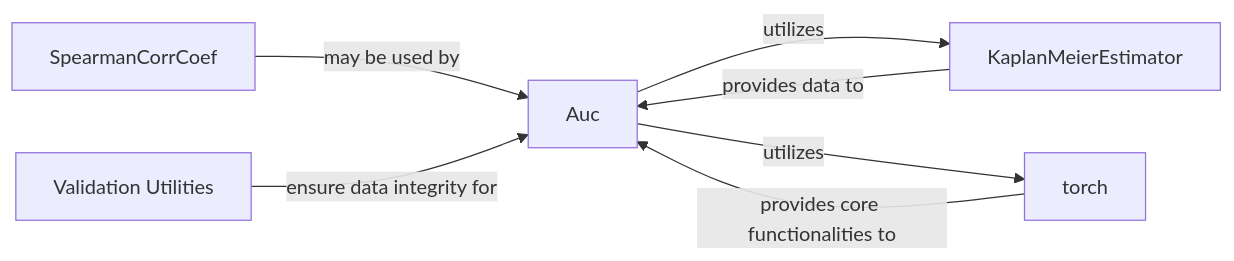
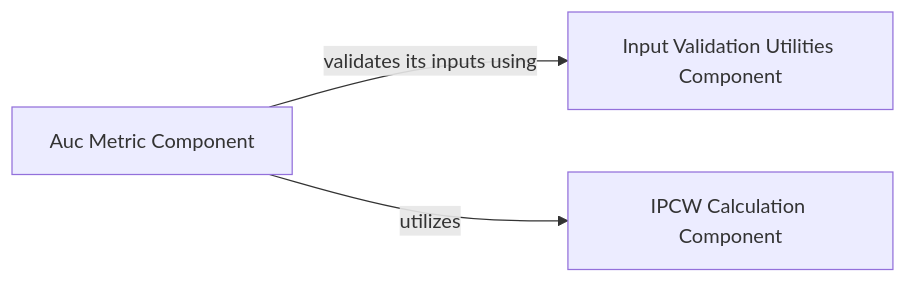
One commit to CodeBoarding/GeneratedOnBoardings changed the diagram in torchsurv/Auc.md. Above: the diagram before and after it, drawn with Mermaid. The commit also changed other lines of this file and 39 other files, not shown here.

````diff
--- a/torchsurv/Auc.md
+++ b/torchsurv/Auc.md
@@ -1,16 +1,10 @@
 ```mermaid
 graph LR
-    Auc["Auc"]
-    KaplanMeierEstimator["KaplanMeierEstimator"]
-    torch["torch"]
-    SpearmanCorrCoef["SpearmanCorrCoef"]
-    Validation_Utilities["Validation Utilities"]
-    Auc -- "utilizes" --> KaplanMeierEstimator
-    Auc -- "utilizes" --> torch
-    KaplanMeierEstimator -- "provides data to" --> Auc
-    torch -- "provides core functionalities to" --> Auc
-    SpearmanCorrCoef -- "may be used by" --> Auc
-    Validation_Utilities -- "ensure data integrity for" --> Auc
-    click Auc href "https://github.com/CodeBoarding/GeneratedOnBoardings/blob/main/torchsurv/Auc.md" "Details"
-    click KaplanMeierEstimator href "https://github.com/CodeBoarding/GeneratedOnBoardings/blob/main/torchsurv/KaplanMeierEstimator.md" "Details"
+    Auc_Metric_Component["Auc Metric Component"]
+    Input_Validation_Utilities_Component["Input Validation Utilities Component"]
+    IPCW_Calculation_Component["IPCW Calculation Component"]
+    Auc_Metric_Component -- "validates its inputs using" --> Input_Validation_Utilities_Component
+    Auc_Metric_Component -- "utilizes" --> IPCW_Calculation_Component
+    click Auc_Metric_Component href "https://github.com/CodeBoarding/GeneratedOnBoardings/blob/main/torchsurv/Auc_Metric_Component.md" "Details"
+    click IPCW_Calculation_Component href "https://github.com/CodeBoarding/GeneratedOnBoardings/blob/main/torchsurv/IPCW_Calculation_Component.md" "Details"
 ```
````
